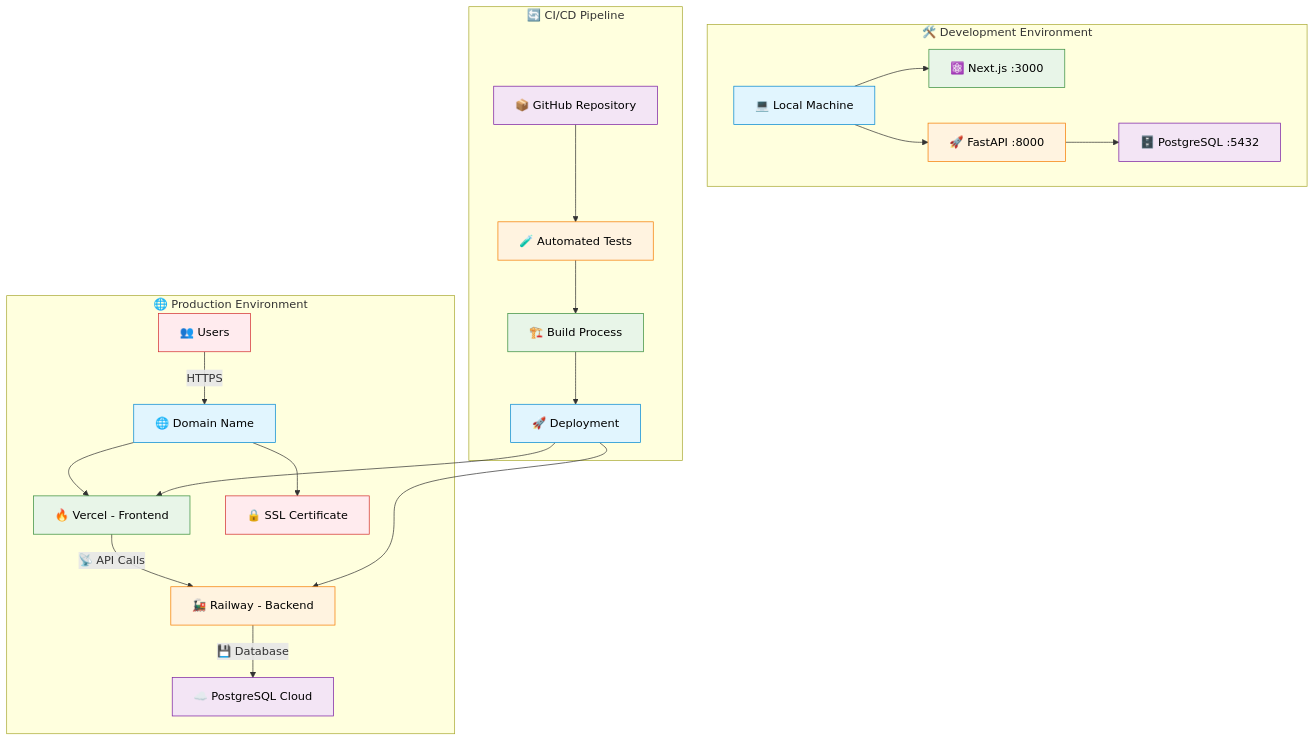
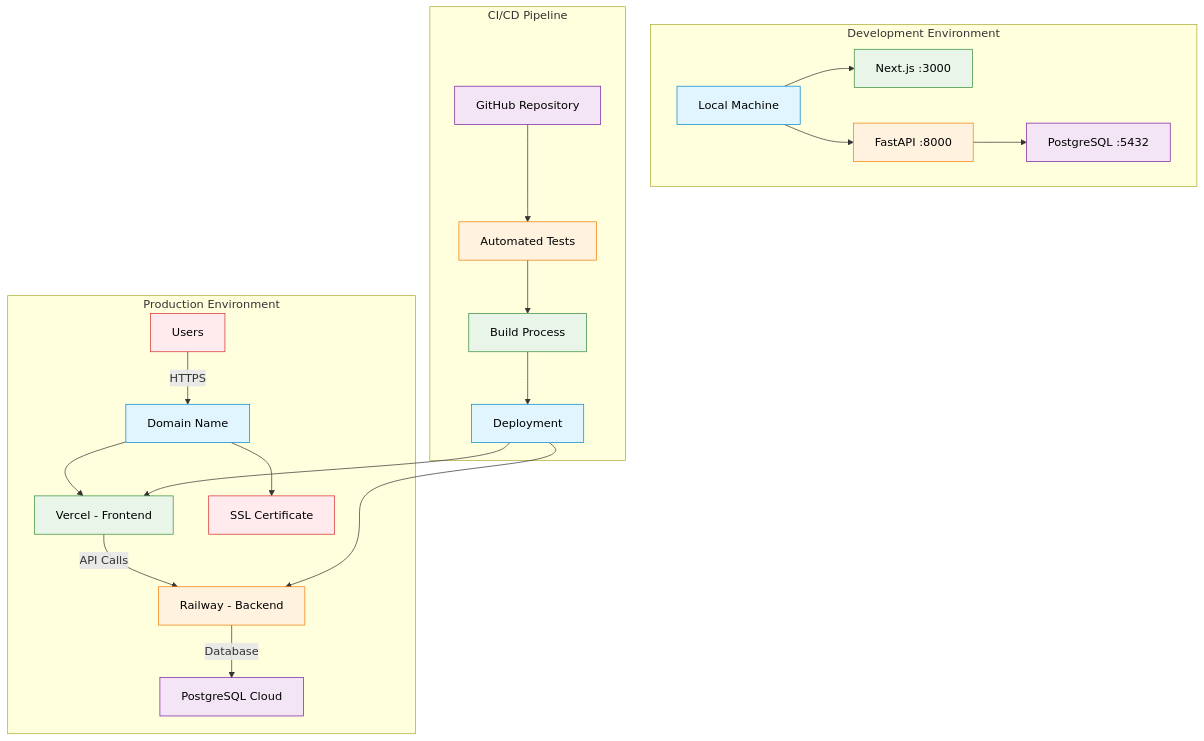
The fourth of 5 diagrams in README.md (merma1509/Portfolio-Website), drawn with Mermaid before and after one commit. The commit also changed other lines of this file, not shown here.

Commit message:
Remove emojis from Mermaid diagrams for cleaner professional appearance

````diff
--- a/README.md
+++ b/README.md
@@ -232,56 +232,56 @@
 ```mermaid
 graph TB
-    subgraph "🛠️ Development Environment"
-        A1[💻 Local Machine]
-        B1[⚛️ Next.js :3000]
-        C1[🚀 FastAPI :8000]
-        D1[🗄️ PostgreSQL :5432]
+    subgraph "Development Environment"
+        A1[Local Machine]
+        B1[Next.js :3000]
+        C1[FastAPI :8000]
+        D1[PostgreSQL :5432]
         A1 --> B1
         A1 --> C1
         C1 --> D1
     end
     
-    subgraph "🌐 Production Environment"
-        A2[👥 Users]
-        B2[🔥 Vercel - Frontend]
-        C2[🚂 Railway - Backend]
-        D2[☁️ PostgreSQL Cloud]
-        E2[🌐 Domain Name]
-        F2[🔒 SSL Certificate]
+    subgraph "Production Environment"
+        A2[Users]
+        B2[Vercel - Frontend]
+        C2[Railway - Backend]
+        D2[PostgreSQL Cloud]
+        E2[Domain Name]
+        F2[SSL Certificate]
         
         A2 -->|HTTPS| E2
         E2 --> B2
-        B2 -->|📡 API Calls| C2
-        C2 -->|💾 Database| D2
+        B2 -->|API Calls| C2
+        C2 -->|Database| D2
         E2 --> F2
     end
     
-    subgraph "🔄 CI/CD Pipeline"
-        G1[📦 GitHub Repository]
-        G2[🧪 Automated Tests]
-        G3[🏗️ Build Process]
-        G4[🚀 Deployment]
+    subgraph "CI/CD Pipeline"
+        G1[GitHub Repository]
+        G2[Automated Tests]
+        G3[Build Process]
+        G4[Deployment]
         
         G1 --> G2
         G2 --> G3
         G3 --> G4
         G4 --> B2
         G4 --> C2
     end
     
     %% Beautiful color scheme
     style A1 fill:#E1F5FE,stroke:#0288D1,color:#000
     style B1 fill:#E8F5E8,stroke:#388E3C,color:#000
     style C1 fill:#FFF3E0,stroke:#F57C00,color:#000
     style D1 fill:#F3E5F5,stroke:#7B1FA2,color:#000
     style A2 fill:#FFEBEE,stroke:#D32F2F,color:#000
     style B2 fill:#E8F5E8,stroke:#388E3C,color:#000
     style C2 fill:#FFF3E0,stroke:#F57C00,color:#000
     style D2 fill:#F3E5F5,stroke:#7B1FA2,color:#000
     style E2 fill:#E1F5FE,stroke:#0288D1,color:#000
     style F2 fill:#FFEBEE,stroke:#D32F2F,color:#000
     style G1 fill:#F3E5F5,stroke:#7B1FA2,color:#000
     style G2 fill:#FFF3E0,stroke:#F57C00,color:#000
     style G3 fill:#E8F5E8,stroke:#388E3C,color:#000
     style G4 fill:#E1F5FE,stroke:#0288D1,color:#000
 ```
````
